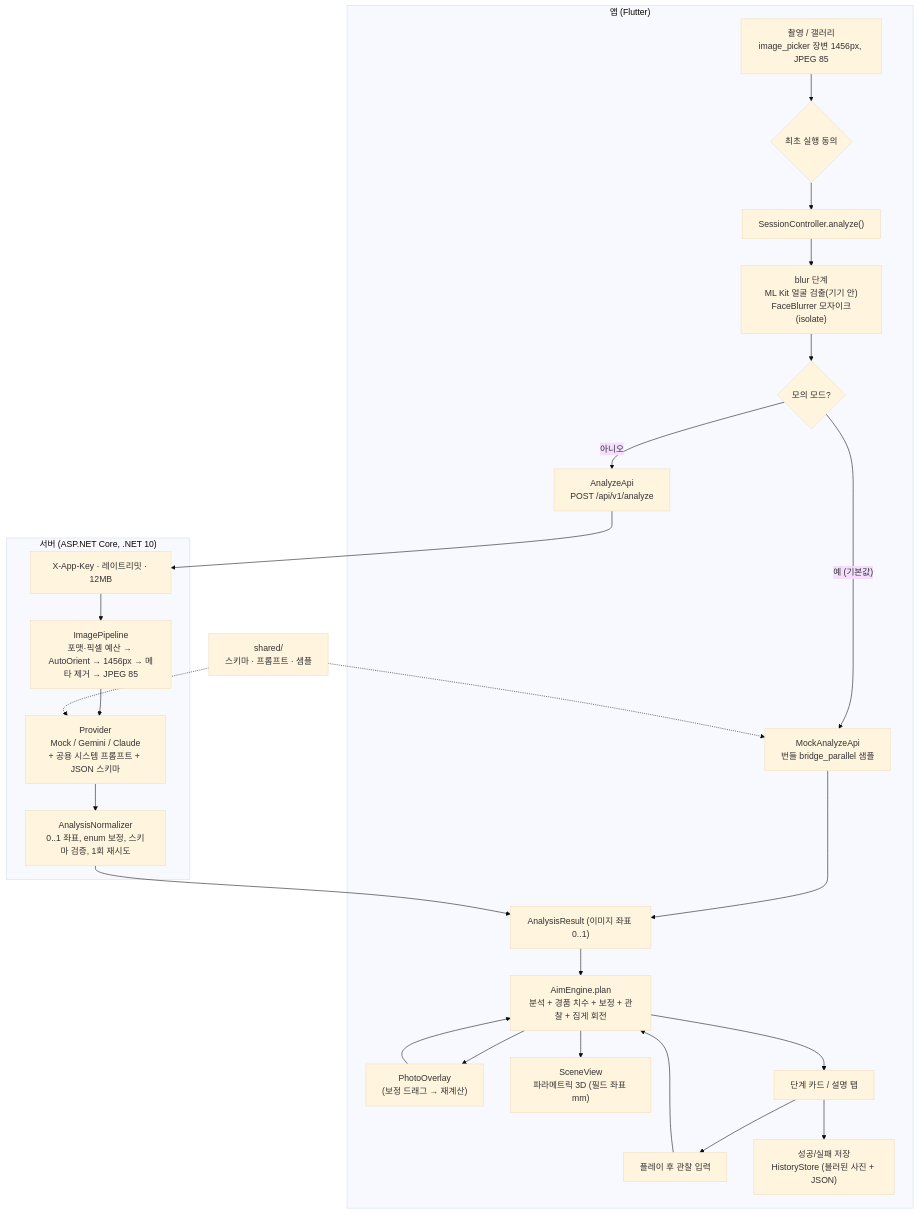
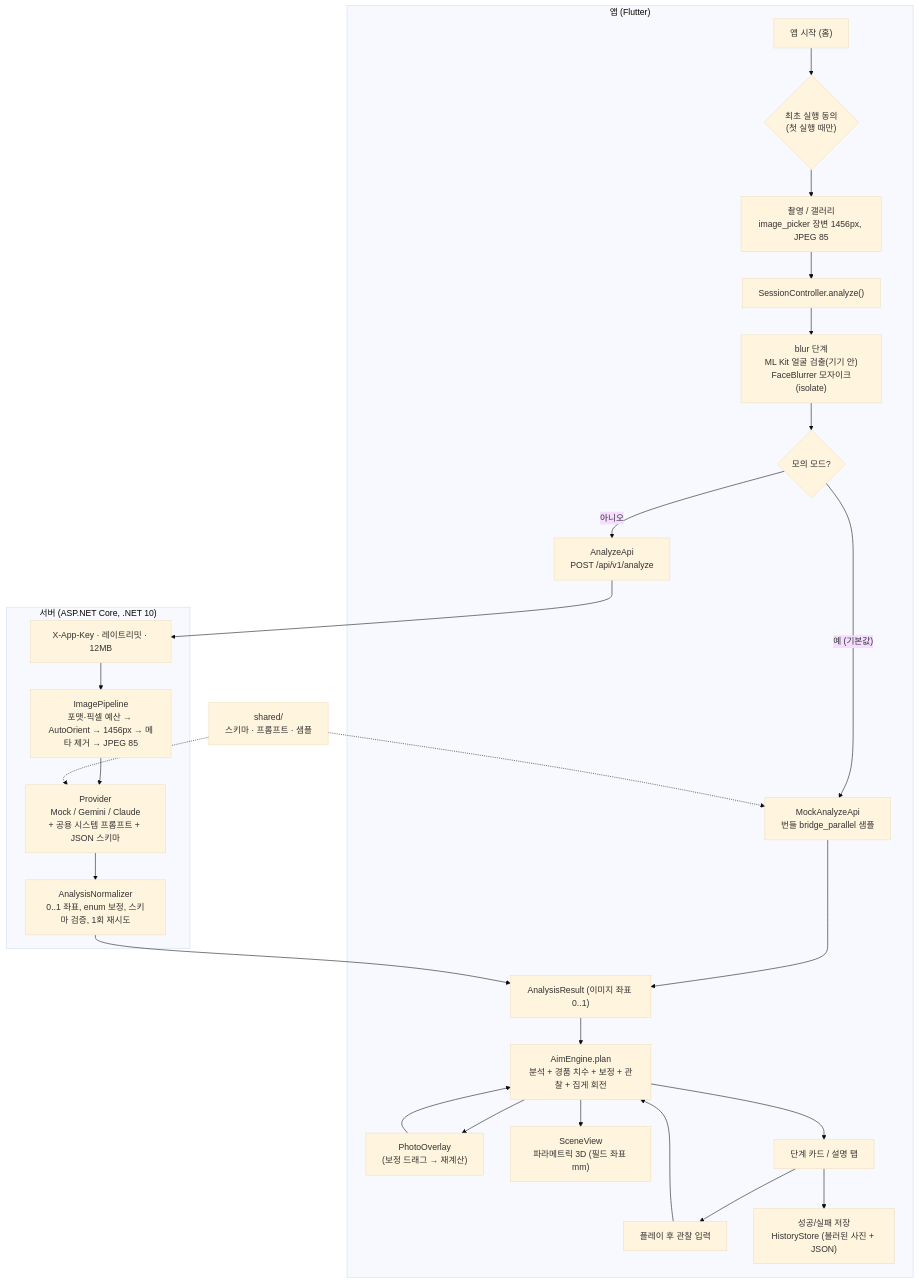
Before and after one commit to mireu9275/IWantFigure: the diagram in docs/04_진행정리_로컬개발_가이드.md, drawn with Mermaid (base theme). The commit also changed other lines of this file and 8 other files, not shown here.

````diff
--- a/docs/04_진행정리_로컬개발_가이드.md
+++ b/docs/04_진행정리_로컬개발_가이드.md
@@ -70,30 +74,31 @@
 ```mermaid
 flowchart TD
   subgraph APP["앱 (Flutter)"]
-    A["촬영 / 갤러리<br/>image_picker 장변 1456px, JPEG 85"] --> B{"최초 실행 동의"}
-    B --> C["SessionController.analyze()"]
+    S0["앱 시작 (홈)"] --> B{"최초 실행 동의<br/>(첫 실행 때만)"}
+    B --> A["촬영 / 갤러리<br/>image_picker 장변 1456px, JPEG 85"]
+    A --> C["SessionController.analyze()"]
     C --> D["blur 단계<br/>ML Kit 얼굴 검출(기기 안)<br/>FaceBlurrer 모자이크(isolate)"]
     D --> E{"모의 모드?"}
     E -- "예 (기본값)" --> M["MockAnalyzeApi<br/>번들 bridge_parallel 샘플"]
     E -- "아니오" --> H["AnalyzeApi<br/>POST /api/v1/analyze"]
     M --> R["AnalysisResult (이미지 좌표 0..1)"]
     ENG["AimEngine.plan<br/>분석 + 경품 치수 + 보정 + 관찰 + 집게 회전"]
     R --> ENG
     ENG --> O["PhotoOverlay<br/>(보정 드래그 → 재계산)"]
     ENG --> V["SceneView<br/>파라메트릭 3D (필드 좌표 mm)"]
     ENG --> ST["단계 카드 / 설명 탭"]
     ST --> OBS["플레이 후 관찰 입력"]
     OBS --> ENG
     O --> ENG
     ST --> HS["성공/실패 저장<br/>HistoryStore (블러된 사진 + JSON)"]
   end
   subgraph SRV["서버 (ASP.NET Core, .NET 10)"]
     S1["X-App-Key · 레이트리밋 · 12MB"] --> S2["ImagePipeline<br/>포맷·픽셀 예산 → AutoOrient → 1456px → 메타 제거 → JPEG 85"]
     S2 --> S3["Provider<br/>Mock / Gemini / Claude<br/>+ 공용 시스템 프롬프트 + JSON 스키마"]
     S3 --> S4["AnalysisNormalizer<br/>0..1 좌표, enum 보정, 스키마 검증, 1회 재시도"]
   end
   H --> S1
   S4 --> R
   SH["shared/<br/>스키마 · 프롬프트 · 샘플"] -.-> S3
   SH -.-> M
 ```
````
